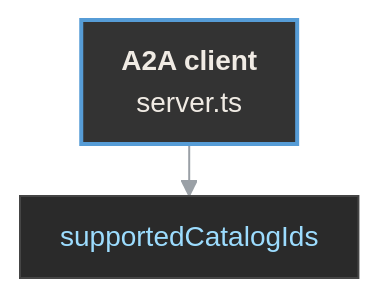
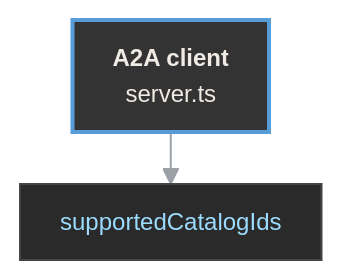
One commit to giorgiogalassi/talk-a2ui changed the second of 3 diagrams in slides.md. Above: the diagram before and after it, drawn with Mermaid. The commit also changed other lines of this file and 1 other file, not shown here.

````diff
--- a/slides.md
+++ b/slides.md
@@ -561,9 +516,9 @@
 ```mermaid {scale: 0.72}
-%%{init: {"theme": "base", "themeVariables": {"fontFamily": "JetBrains Mono, monospace", "fontSize": "14px", "lineColor": "#9aa0a6", "edgeLabelBackground": "#262626"}, "flowchart": {"curve": "basis", "nodeSpacing": 18, "rankSpacing": 26, "padding": 10}}}%%
+%%{init: {"theme": "base", "themeVariables": {"fontFamily": "JetBrains Mono, monospace", "fontSize": "12px", "lineColor": "#9aa0a6", "edgeLabelBackground": "#262626"}, "flowchart": {"curve": "basis", "nodeSpacing": 18, "rankSpacing": 26, "padding": 10}}}%%
 flowchart TB
   S1["<b>A2A client</b><br/>server.ts"] --> S2["supportedCatalogIds"]
   classDef file fill:#2a2a2a,stroke:#454545,stroke-width:1px,color:#9cdcfe
   classDef step fill:#333333,stroke:#569cd6,stroke-width:2px,color:#f0ebe4
   class S1 step
   class S2 file
 ```
````
